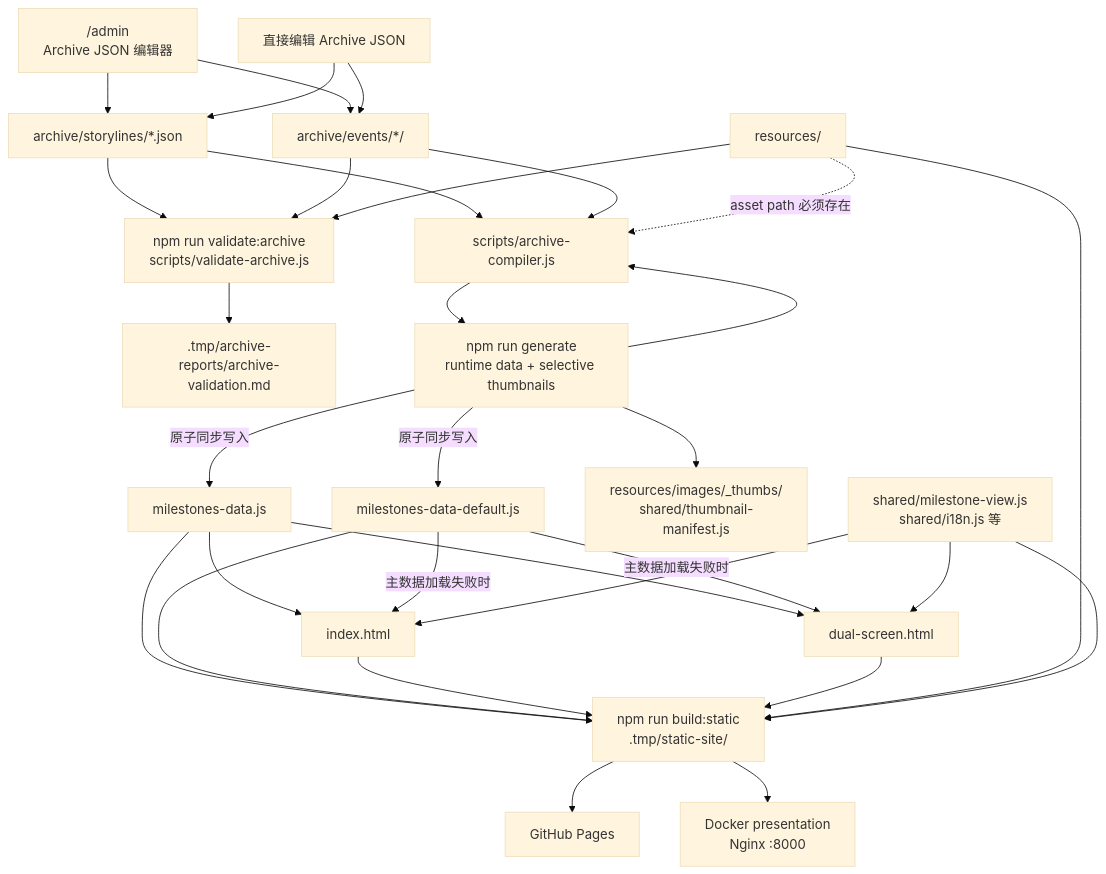
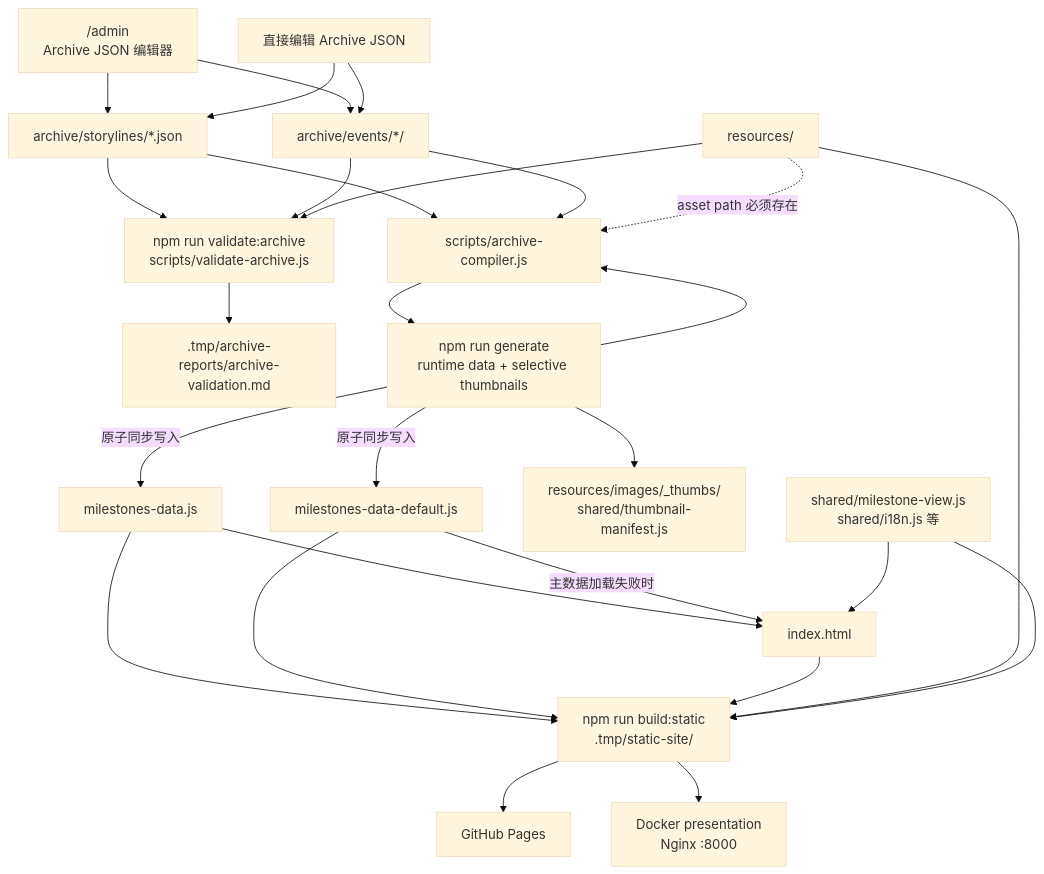
Before and after one commit to bjzgcai/AI-History-Show: the second of 5 diagrams in docs/archive-data-flow.md, drawn with Mermaid (base theme). The commit also changed 24 other files, not shown here.

Commit message:
fix: retire dual-screen entry and harden release validation

````diff
--- a/docs/archive-data-flow.md
+++ b/docs/archive-data-flow.md
@@ -48,52 +48,47 @@
 ```mermaid
 flowchart TD
     EDITOR["/admin<br/>Archive JSON 编辑器"]
     DIRECT["直接编辑 Archive JSON"]
     STORYLINES["archive/storylines/*.json"]
     EVENTS["archive/events/*/"]
     RESOURCES["resources/"]
     VALIDATE["npm run validate:archive<br/>scripts/validate-archive.js"]
     VALIDATION_REPORT[".tmp/archive-reports/archive-validation.md"]
     GENERATE["npm run generate<br/>runtime data + selective thumbnails"]
     COMPILER["scripts/archive-compiler.js"]
     PRIMARY["milestones-data.js"]
     FALLBACK["milestones-data-default.js"]
     THUMBNAILS["resources/images/_thumbs/<br/>shared/thumbnail-manifest.js"]
     SINGLE["index.html"]
-    DUAL["dual-screen.html"]
     SHARED["shared/milestone-view.js<br/>shared/i18n.js 等"]
     STATIC["npm run build:static<br/>.tmp/static-site/"]
     PAGES["GitHub Pages"]
     DOCKER["Docker presentation<br/>Nginx :8000"]
 
     EDITOR --> STORYLINES
     EDITOR --> EVENTS
     DIRECT --> STORYLINES
     DIRECT --> EVENTS
     STORYLINES --> VALIDATE
     EVENTS --> VALIDATE
     RESOURCES --> VALIDATE
     VALIDATE --> VALIDATION_REPORT
     STORYLINES --> COMPILER
     EVENTS --> COMPILER
     RESOURCES -.->|asset path 必须存在| COMPILER
     GENERATE --> COMPILER
     COMPILER --> GENERATE
     GENERATE -->|原子同步写入| PRIMARY
     GENERATE -->|原子同步写入| FALLBACK
     GENERATE --> THUMBNAILS
     PRIMARY --> SINGLE
-    PRIMARY --> DUAL
     FALLBACK -->|主数据加载失败时| SINGLE
-    FALLBACK -->|主数据加载失败时| DUAL
     SHARED --> SINGLE
-    SHARED --> DUAL
     PRIMARY --> STATIC
     FALLBACK --> STATIC
     SINGLE --> STATIC
-    DUAL --> STATIC
     RESOURCES --> STATIC
     SHARED --> STATIC
     STATIC --> PAGES
     STATIC --> DOCKER
 ```
````
